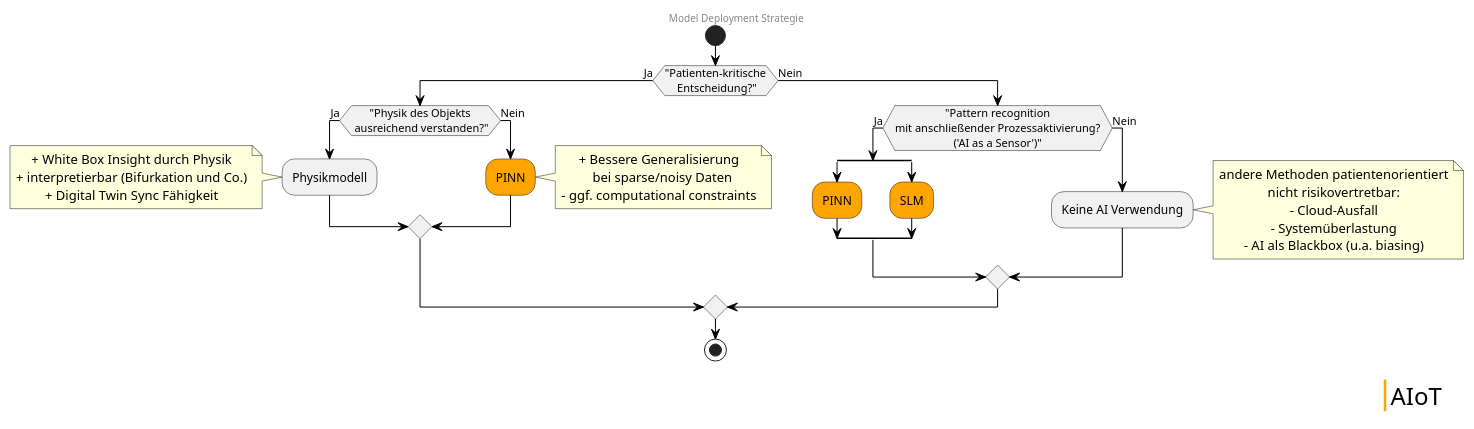
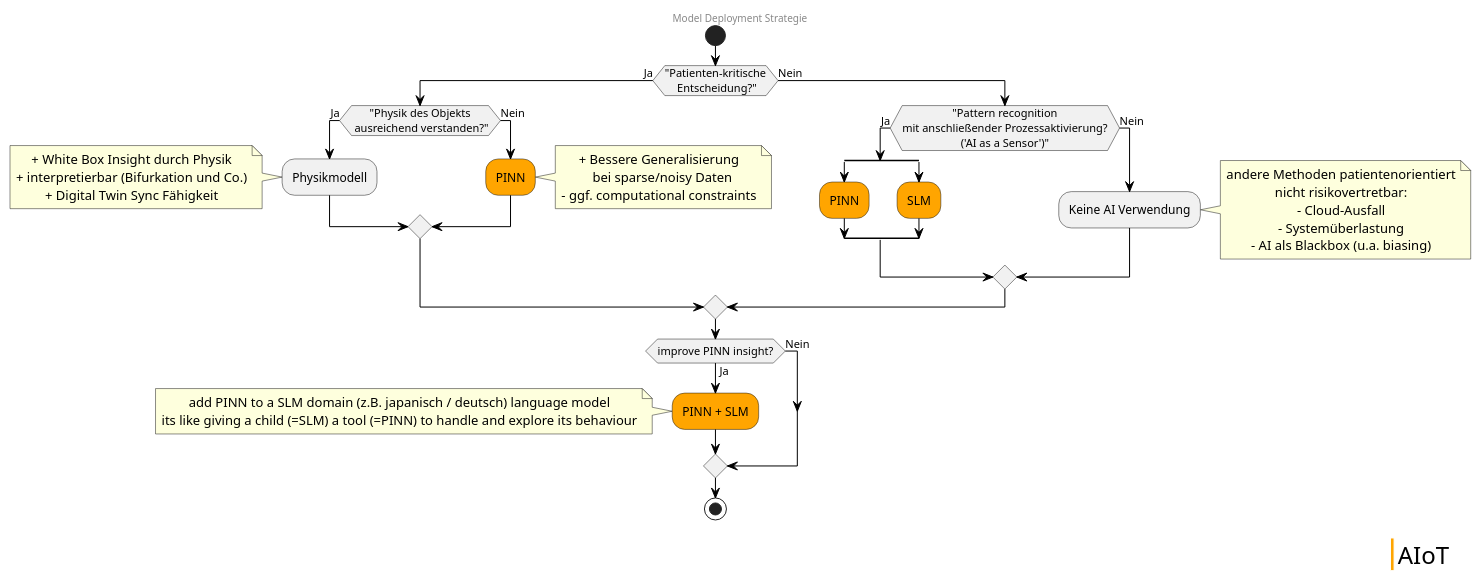
The diagram in doc/model_deployment_strategy.puml (Jan-Piotraschke/Schwanensee), drawn with PlantUML before and after one commit. The commit also changed 1 other file, not shown here.

Commit message:
enhanced model deployment strategy

```diff
--- a/doc/model_deployment_strategy.puml
+++ b/doc/model_deployment_strategy.puml
@@ -1,63 +1,72 @@
 @startuml ModelDeploymentStrategy
 ' ──────────────────────  visual settings  ──────────────────────
 skinparam defaultTextAlignment center
 skinparam node {
   BackgroundColor White
   BorderColor Black
 }
 skinparam arrow {
   Color Black
 }
 
 header
 Model Deployment Strategie
 endheader
 
 ' ──────────────────────  decision flow  ────────────────────────
 start
 
 if ("Patienten-kritische\n Entscheidung?") then (Ja)
   if ("Physik des Objekts\n ausreichend verstanden?") then (Ja)
     :Physikmodell;
     note left
       + White Box Insight durch Physik
       + interpretierbar (Bifurkation und Co.)
       + Digital Twin Sync Fähigkeit
     end note
   else (Nein)
     #orange:PINN;
     note right
       + Bessere Generalisierung
         bei sparse/noisy Daten
       - ggf. computational constraints
     end note
   endif
 else (Nein)
   if ("Pattern recognition\nmit anschließender Prozessaktivierung?\n('AI as a Sensor')") then (Ja)
     split
       #orange:PINN;
     split again
       #orange:SLM;
     end split
   else (Nein)
     :Keine AI Verwendung;
     note right
        andere Methoden patientenorientiert
        nicht risikovertretbar:
        - Cloud-Ausfall
        - Systemüberlastung
        - AI als Blackbox (u.a. biasing)
     end note
   endif
 endif
 
+if (improve PINN insight?) then (Ja)
+  #orange:PINN + SLM;
+  note left
+    add PINN to a SLM domain (z.B. japanisch / deutsch) language model
+    its like giving a child (=SLM) a tool (=PINN) to handle and explore its behaviour
+  end note
+else (Nein)
+endif
+
 stop
 
 skinparam LegendBackgroundColor #FFFFFF
 skinparam LegendBorderColor #FFFFFF
 
 legend right
   <#FFFFFF,#FFFFFF>|<#orange>| <size:24>AIoT</size> |
 endlegend
 
 @enduml
```
